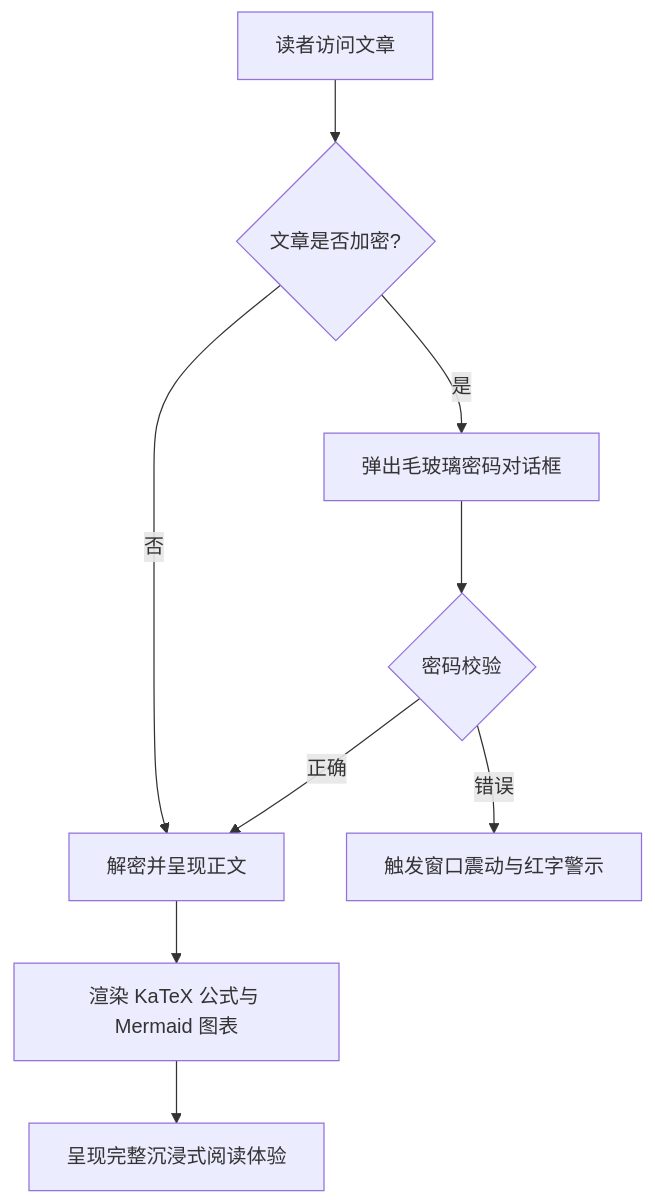
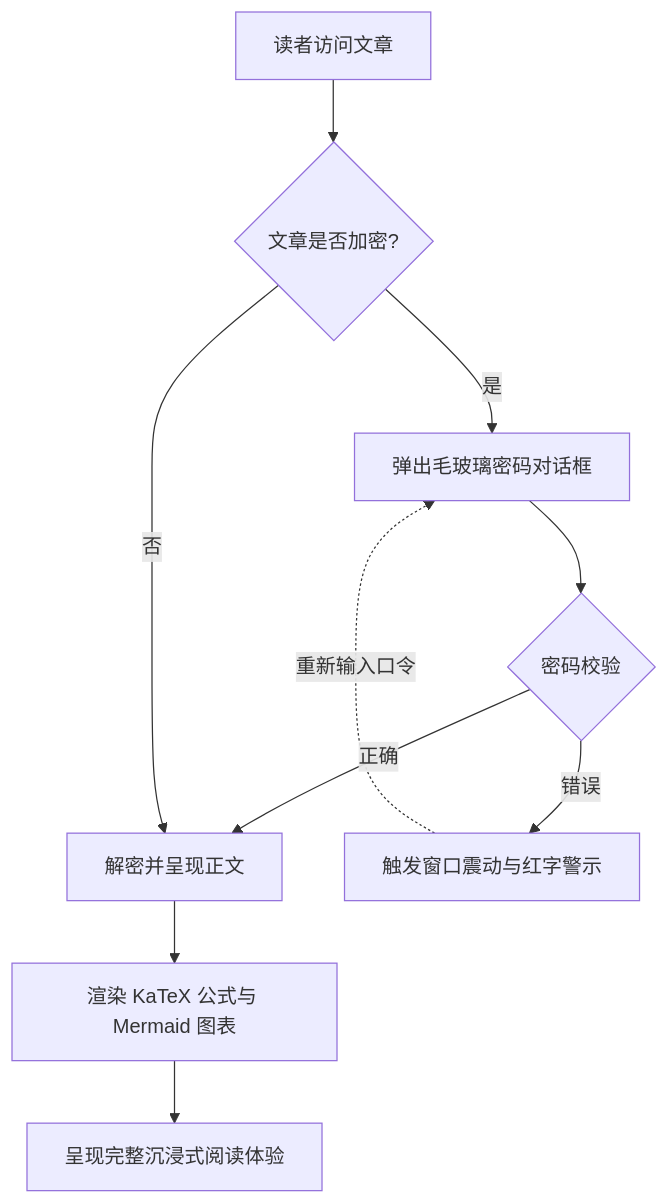
Before and after one commit to shijianus/astro-theme-shijianus: the first of 2 diagrams in src/content/posts/content-formats-and-markup-mastery.md, drawn with Mermaid. The commit also changed other lines of this file and 2 other files, not shown here.

Commit message:
feat(markdown): optimize Mermaid 11 rendering and implement dual-tab (render vs source) showcase paradigm for Section 8

````diff
--- a/src/content/posts/content-formats-and-markup-mastery.md
+++ b/src/content/posts/content-formats-and-markup-mastery.md
@@ -853,11 +933,12 @@
 ```mermaid
-graph TD
+flowchart TD
     A[读者访问文章] --> B{文章是否加密?}
-    B -->|是| C[弹出毛玻璃密码对话框]
+    B -- 是 --> C[弹出毛玻璃密码对话框]
     C --> D{密码校验}
-    D -->|正确| E[解密并呈现正文]
-    D -->|错误| F[触发窗口震动与红字警示]
-    B -->|否| E
+    D -- 正确 --> E[解密并呈现正文]
+    D -- 错误 --> F[触发窗口震动与红字警示]
+    F -. 重新输入口令 .-> C
+    B -- 否 --> E
     E --> G[渲染 KaTeX 公式与 Mermaid 图表]
     G --> H[呈现完整沉浸式阅读体验]
 ```
````
